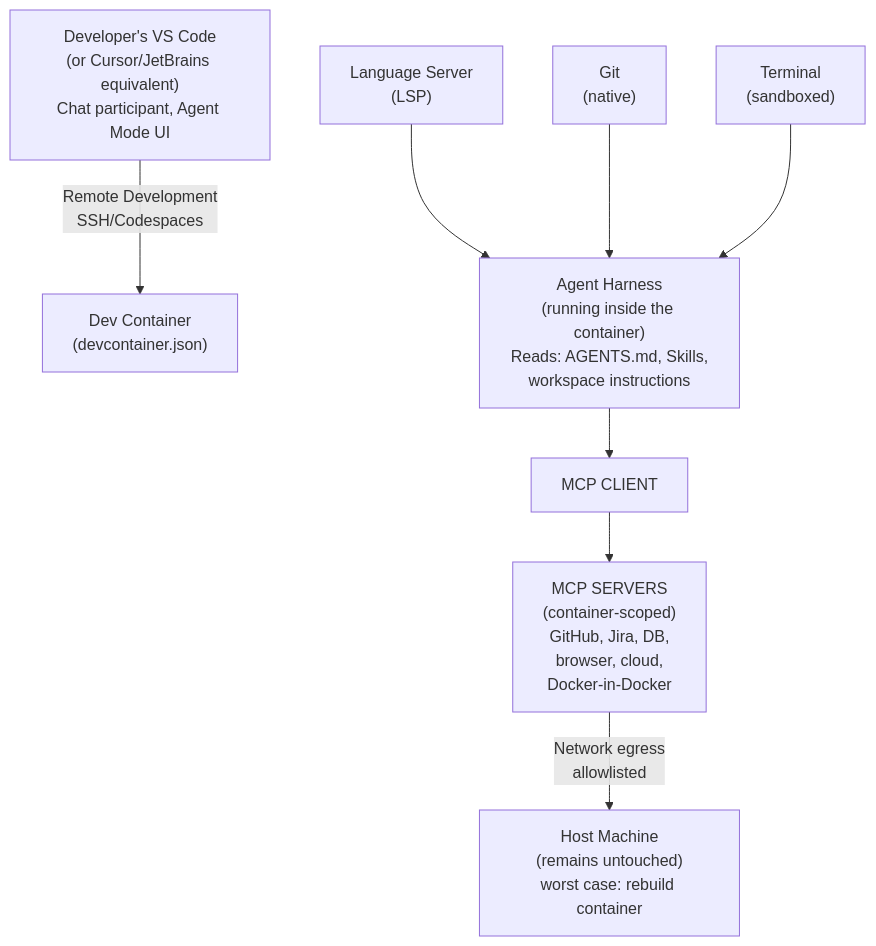
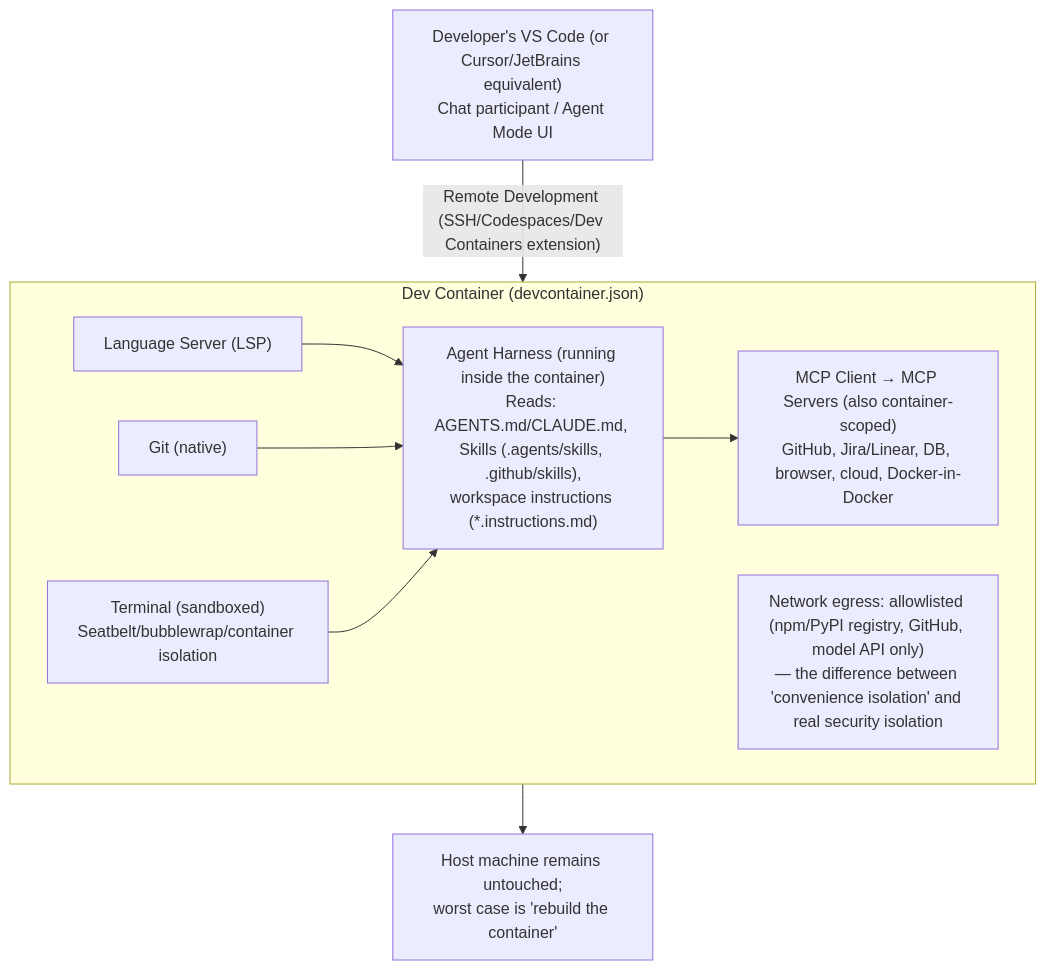
The diagram in docs/agentic-systems/core/23-vscode-devcontainers-integration.md (skbnai/archon), drawn with Mermaid before and after one commit. The commit also changed other lines of this file and 102 other files, not shown here.

````diff
--- a/docs/agentic-systems/core/23-vscode-devcontainers-integration.md
+++ b/docs/agentic-systems/core/23-vscode-devcontainers-integration.md
@@ -74,20 +72,20 @@
 ```mermaid
-graph TD
-    A["Developer's VS Code<br/>(or Cursor/JetBrains equivalent)<br/>Chat participant, Agent Mode UI"]
-    B["Dev Container<br/>(devcontainer.json)"]
-    C["Language Server<br/>(LSP)"]
-    D["Git<br/>(native)"]
-    E["Terminal<br/>(sandboxed)"]
-    F["Agent Harness<br/>(running inside the container)<br/>Reads: AGENTS.md, Skills,<br/>workspace instructions"]
-    G["MCP CLIENT"]
-    H["MCP SERVERS<br/>(container-scoped)<br/>GitHub, Jira, DB,<br/>browser, cloud,<br/>Docker-in-Docker"]
-    I["Host Machine<br/>(remains untouched)<br/>worst case: rebuild container"]
-    
-    A -->|Remote Development<br/>SSH/Codespaces| B
-    C --> F
-    D --> F
-    E --> F
-    F --> G
-    G --> H
-    H -->|Network egress<br/>allowlisted| I
+graph TB
+    VSC["Developer's VS Code (or Cursor/JetBrains equivalent)<br/>Chat participant / Agent Mode UI"]
+    VSC -- "Remote Development (SSH/Codespaces/Dev Containers extension)" --> DC
+
+    subgraph DC["Dev Container (devcontainer.json)"]
+        LSP["Language Server (LSP)"]
+        GIT["Git (native)"]
+        TERM["Terminal (sandboxed)<br/>Seatbelt/bubblewrap/container isolation"]
+        LSP --> HARNESS
+        GIT --> HARNESS
+        TERM --> HARNESS
+        HARNESS["Agent Harness (running inside the container)<br/>Reads: AGENTS.md/CLAUDE.md, Skills (.agents/skills, .github/skills),<br/>workspace instructions (*.instructions.md)"]
+        HARNESS --> MCP
+        MCP["MCP Client → MCP Servers (also container-scoped)<br/>GitHub, Jira/Linear, DB, browser, cloud, Docker-in-Docker"]
+        NET["Network egress: allowlisted (npm/PyPI registry, GitHub, model API only)<br/>— the difference between 'convenience isolation' and real security isolation"]
+    end
+
+    DC --> HOST["Host machine remains untouched;<br/>worst case is 'rebuild the container'"]
 ```
````
